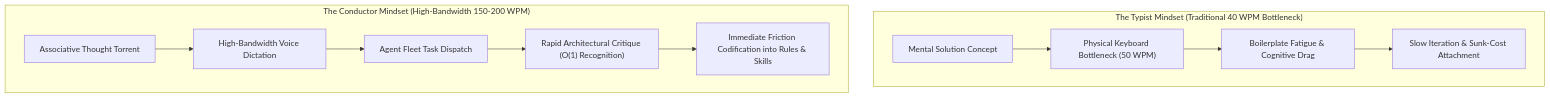
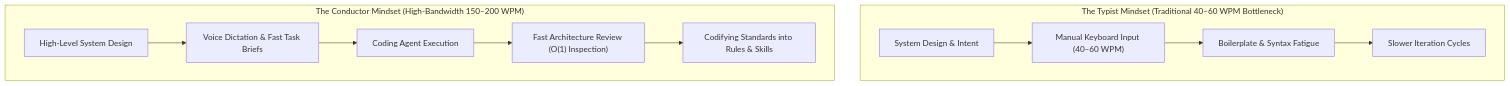
The diagram in 05 Developer Ergonomics & Software Economics/Engineering Ergonomics/The Conductor Pattern - Cognitive Ergonomics of High-Bandwidth Agentic Engineering.md (tomek-anuszkiewicz/obsidian-devnotes), drawn with Mermaid before and after one commit. The commit also changed other lines of this file, not shown here.

Commit message:
refactor(notes): recast The Conductor Pattern note with natural practitioner prose

````diff
--- a/05 Developer Ergonomics & Software Economics/Engineering Ergonomics/The Conductor Pattern - Cognitive Ergonomics of High-Bandwidth Agentic Engineering.md
+++ b/05 Developer Ergonomics & Software Economics/Engineering Ergonomics/The Conductor Pattern - Cognitive Ergonomics of High-Bandwidth Agentic Engineering.md
@@ -27,15 +27,15 @@
 ```mermaid
 flowchart TD
-    subgraph TraditionalTypist["The Typist Mindset (Traditional 40 WPM Bottleneck)"]
-        T1["Mental Solution Concept"] --> T2["Physical Keyboard Bottleneck (50 WPM)"]
-        T2 --> T3["Boilerplate Fatigue & Cognitive Drag"]
-        T3 --> T4["Slow Iteration & Sunk-Cost Attachment"]
+    subgraph TraditionalTypist["The Typist Mindset (Traditional 40–60 WPM Bottleneck)"]
+        T1["System Design & Intent"] --> T2["Manual Keyboard Input (40–60 WPM)"]
+        T2 --> T3["Boilerplate & Syntax Fatigue"]
+        T3 --> T4["Slower Iteration Cycles"]
     end
 
-    subgraph ModernConductor["The Conductor Mindset (High-Bandwidth 150-200 WPM)"]
-        C1["Associative Thought Torrent"] --> C2["High-Bandwidth Voice Dictation"]
-        C2 --> C3["Agent Fleet Task Dispatch"]
-        C3 --> C4["Rapid Architectural Critique (O(1) Recognition)"]
-        C4 --> C5["Immediate Friction Codification into Rules & Skills"]
+    subgraph ModernConductor["The Conductor Mindset (High-Bandwidth 150–200 WPM)"]
+        C1["High-Level System Design"] --> C2["Voice Dictation & Fast Task Briefs"]
+        C2 --> C3["Coding Agent Execution"]
+        C3 --> C4["Fast Architecture Review (O(1) Inspection)"]
+        C4 --> C5["Codifying Standards into Rules & Skills"]
     end
 ```
````
